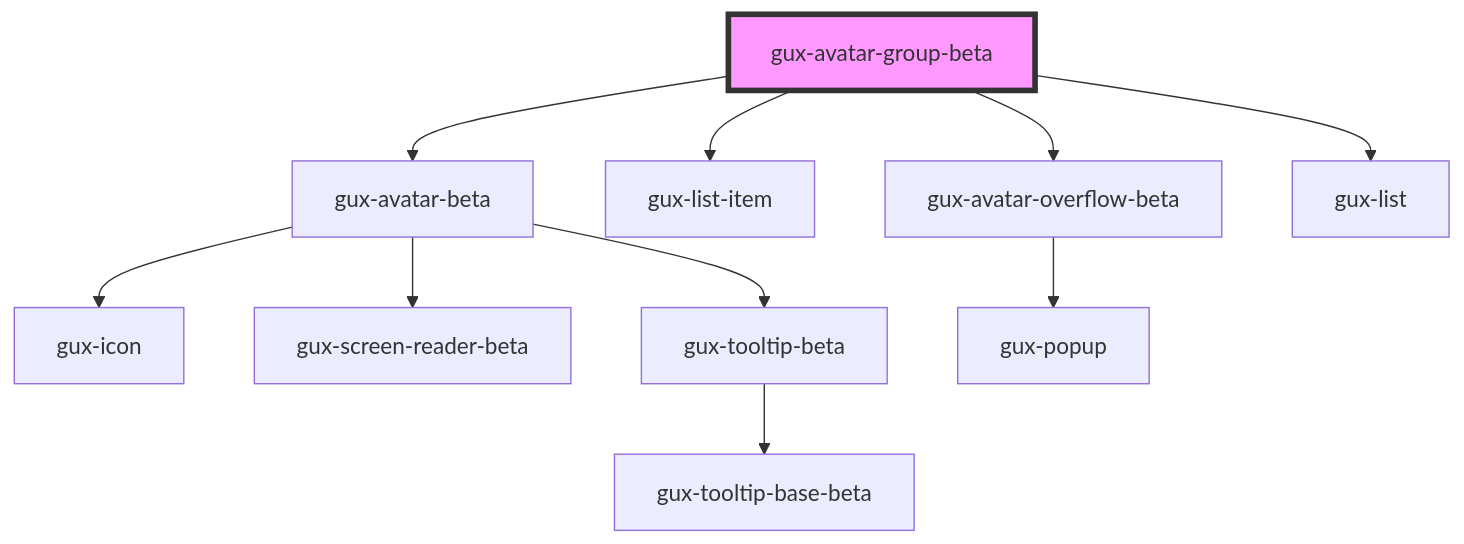
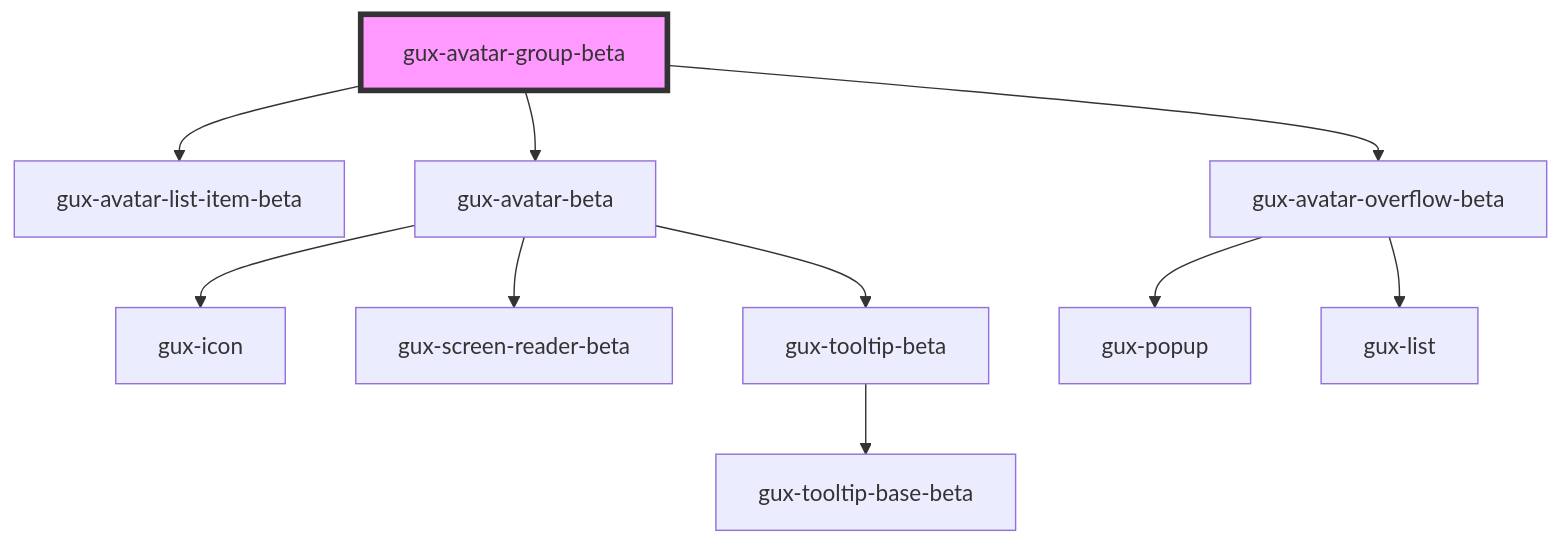
The diagram in packages/genesys-spark-components/src/components/beta/gux-avatar-group/readme.md (MyPureCloud/genesys-spark), drawn with Mermaid before and after one commit. The commit also changed other lines of this file and 33 other files, not shown here.

Commit message:
chore(avatar-group): add translation

````diff
--- a/packages/genesys-spark-components/src/components/beta/gux-avatar-group/readme.md
+++ b/packages/genesys-spark-components/src/components/beta/gux-avatar-group/readme.md
@@ -25,13 +24,13 @@
 ```mermaid
 graph TD;
+  gux-avatar-group-beta --> gux-avatar-list-item-beta
   gux-avatar-group-beta --> gux-avatar-beta
-  gux-avatar-group-beta --> gux-list-item
   gux-avatar-group-beta --> gux-avatar-overflow-beta
-  gux-avatar-group-beta --> gux-list
   gux-avatar-beta --> gux-icon
   gux-avatar-beta --> gux-screen-reader-beta
   gux-avatar-beta --> gux-tooltip-beta
   gux-tooltip-beta --> gux-tooltip-base-beta
   gux-avatar-overflow-beta --> gux-popup
+  gux-avatar-overflow-beta --> gux-list
   style gux-avatar-group-beta fill:#f9f,stroke:#333,stroke-width:4px
 ```
````
